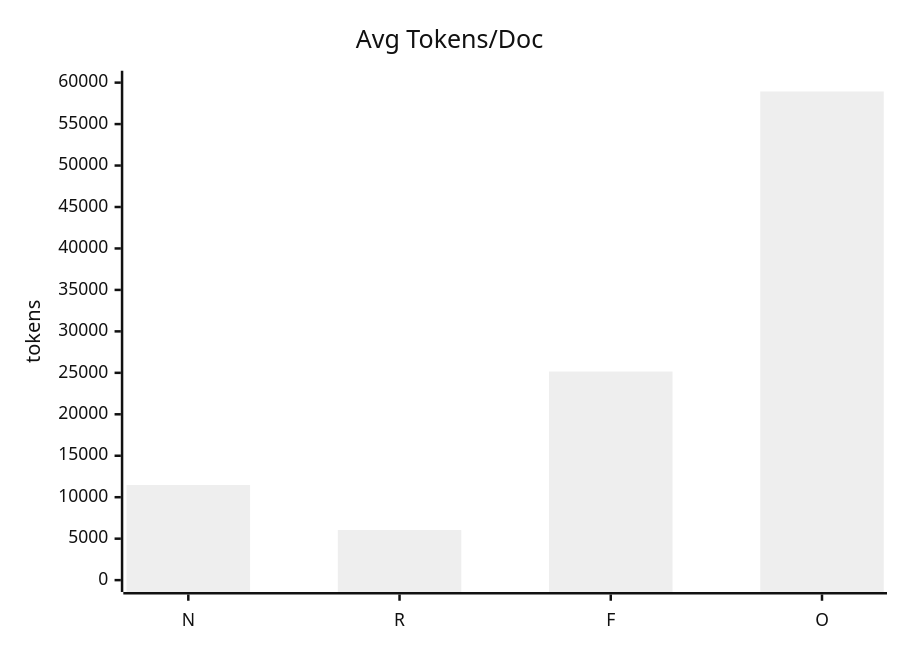
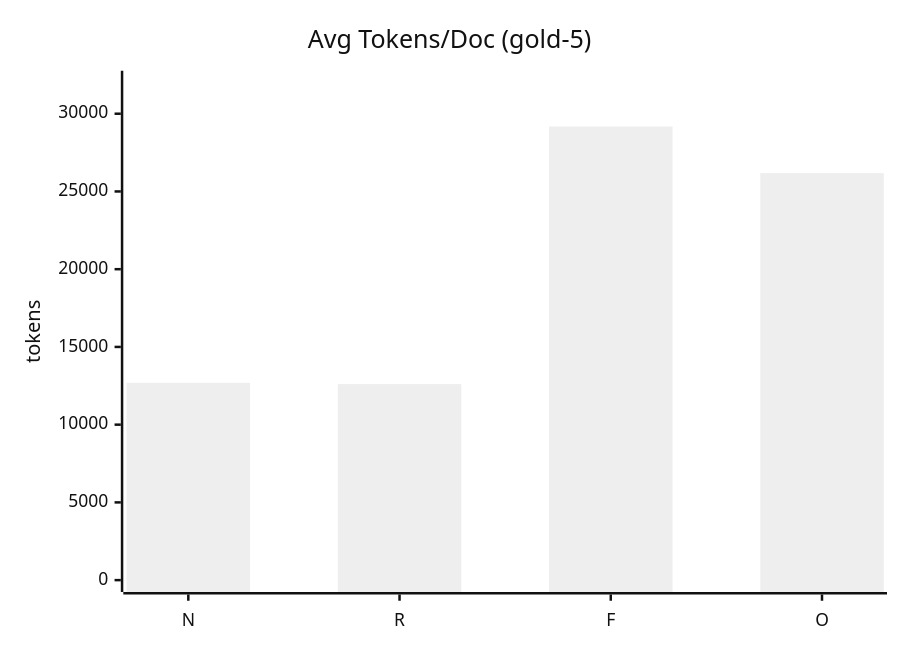
One commit to 616xold/contractFlow changed the third of 3 diagrams in README.md. Above: the diagram before and after it, drawn with Mermaid (neutral theme). The commit also changed other lines of this file and 71 other files, not shown here.

````diff
--- a/README.md
+++ b/README.md
@@ -76,7 +81,7 @@
 ```mermaid
 xychart-beta
-    title "Avg Tokens/Doc"
+    title "Avg Tokens/Doc (gold-5)"
     x-axis ["N", "R", "F", "O"]
-    y-axis "tokens" 0 --> 60000
-    bar [11474, 6038, 25155, 58935]
+    y-axis "tokens" 0 --> 32000
+    bar [12692, 12609.8, 29178, 26178.8]
 ```
````
